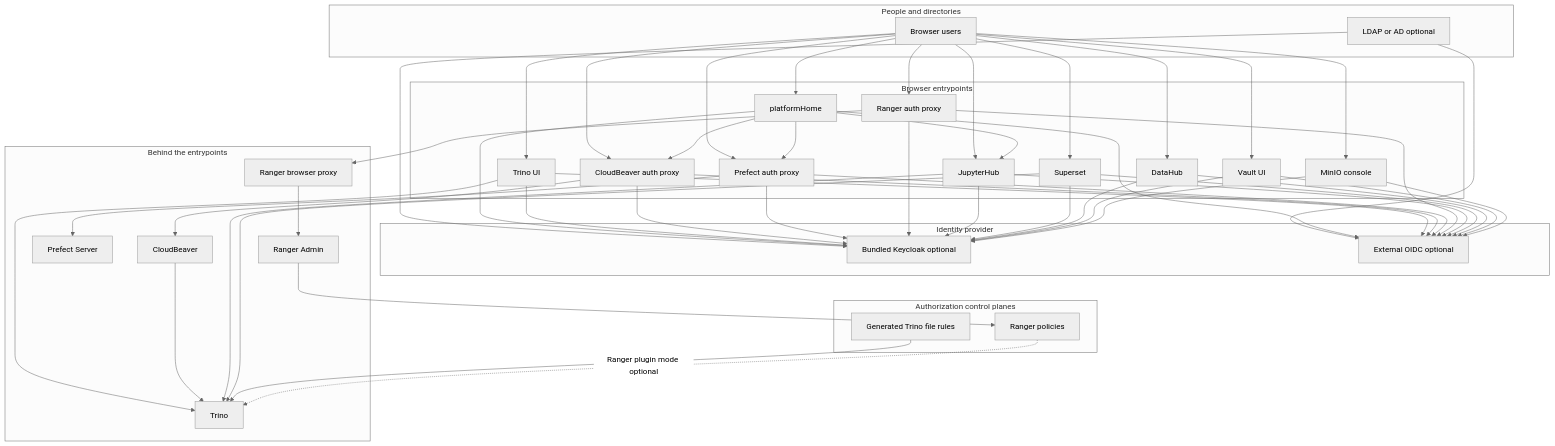
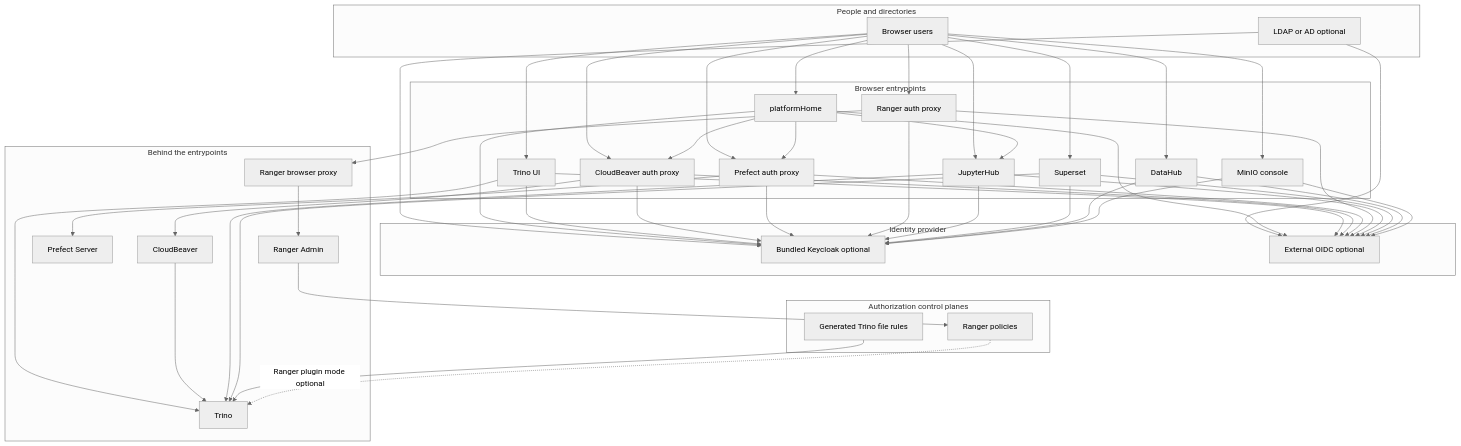
The fourth of 7 diagrams in docs/umbrella-chart-manual.md (sanger-pathogens/dlh-in-a-box-umbrella-helm-chart), drawn with Mermaid (neutral theme) before and after one commit. The commit also changed other lines of this file and 4 other files, not shown here.

Commit message:
Remove references to vault from documentation and diagrams

```diff
--- a/docs/umbrella-chart-manual.md
+++ b/docs/umbrella-chart-manual.md
@@ -736,7 +727,6 @@
     JupyterHub[JupyterHub]
     Superset[Superset]
     DataHub[DataHub]
-    VaultUi[Vault UI]
     MinioUi[MinIO console]
   end
 
@@ -764,7 +754,6 @@
   Users --> JupyterHub
   Users --> Superset
   Users --> DataHub
-  Users --> VaultUi
   Users --> MinioUi
 
   Portal --> Keycloak
@@ -783,8 +772,6 @@
   Superset --> ExternalOidc
   DataHub --> Keycloak
   DataHub --> ExternalOidc
-  VaultUi --> Keycloak
-  VaultUi --> ExternalOidc
   MinioUi --> Keycloak
   MinioUi --> ExternalOidc
 
```
